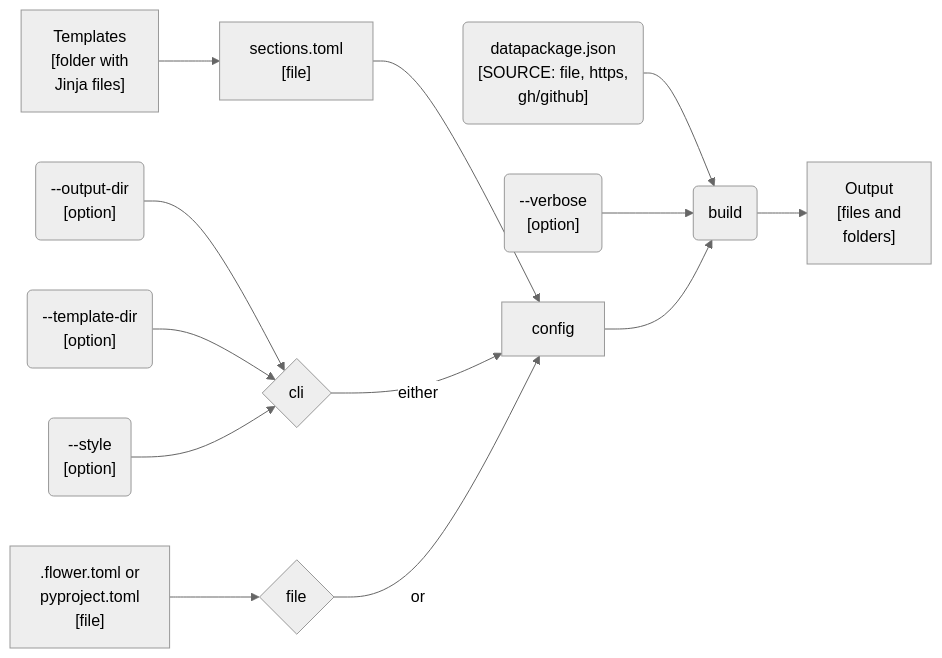
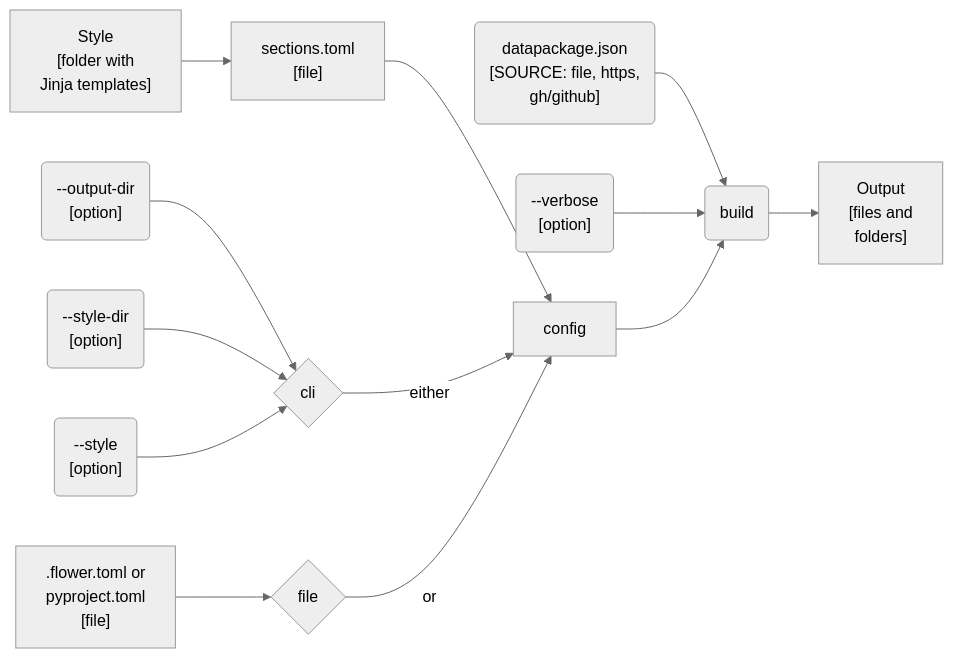
The first of 2 diagrams in docs/design/interface/cli.qmd (seedcase-project/seedcase-flower), drawn with Mermaid (neutral theme) before and after one commit. The commit also changed other lines of this file and 14 other files, not shown here.

Commit message:
refactor: 🚚 rename `template-dir` to `style-dir` (#303)

````diff
--- a/docs/design/interface/cli.qmd
+++ b/docs/design/interface/cli.qmd
@@ -52,32 +52,32 @@
 ```{mermaid}
 %%| label: fig-cli-build-flow
 %%| fig-cap: "The flow of input and output through the CLI `build` command."
 %%| fig-alt: "Diagram showing the flow of input and output through the CLI `build` command. The user provides the source of the `datapackage.json` file and an optional style, which are used by the `build` command to generate output files and folders."
 flowchart LR
     source("datapackage.json<br>[SOURCE: file, https,<br>gh/github]")
     config_file[".flower.toml or<br>pyproject.toml<br>[file]"]
     config_sections_file["sections.toml<br>[file]"]
     build("build")
     style_opt("--style<br>[option]")
     verbose_opt("--verbose<br>[option]")
     output_dir_opt("--output-dir<br>[option]")
-    template_dir_opt("--template-dir<br>[option]")
-    templates["Templates<br>[folder with<br>Jinja files]"]
+    style_dir_opt("--style-dir<br>[option]")
+    styles["Style<br>[folder with<br>Jinja templates]"]
     output["Output<br>[files and<br>folders]"]
     file{"file"}
     cli{"cli"}
 
     source --> build
     config_file --> file
     output_dir_opt --> cli
-    template_dir_opt --> cli
+    style_dir_opt --> cli
     style_opt --> cli
 
-    templates --> config_sections_file
+    styles --> config_sections_file
     config_sections_file --> config
     cli -- "either" --> config
     file -- "or" --> config
     verbose_opt --> build
     config --> build
     build --> output
 ```
````
